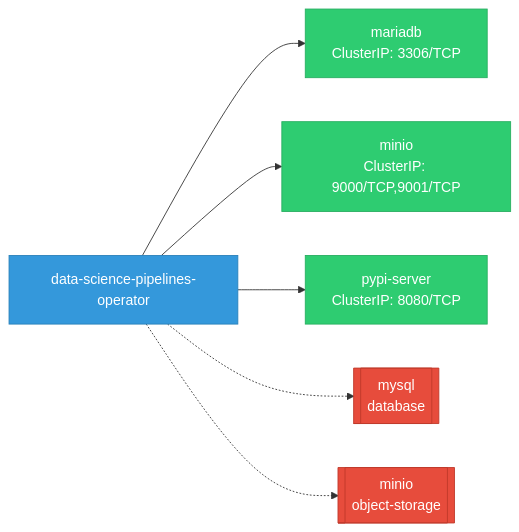
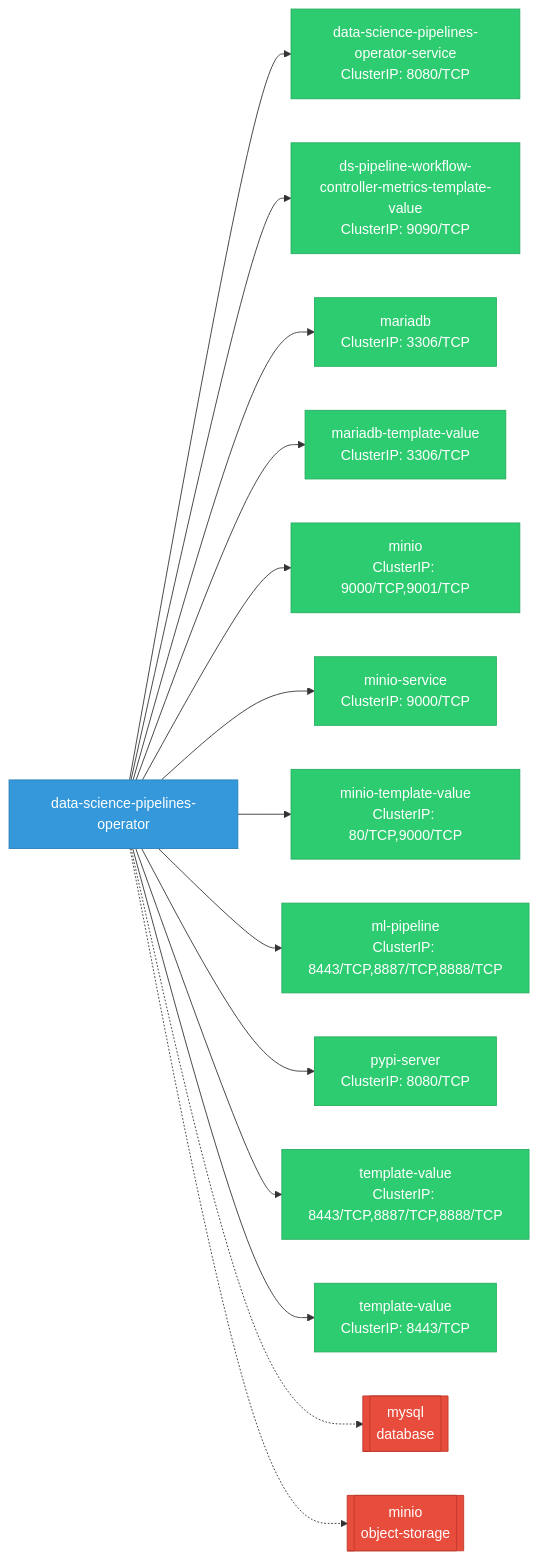
Before and after one commit to ugiordan/architecture-analyzer: the first of 2 diagrams in site/docs/rhoai-platform/components/data_science_pipelines_operator/network.md, drawn with Mermaid. The commit also changed other lines of this file and 299 other files, not shown here.

````diff
--- a/site/docs/rhoai-platform/components/data_science_pipelines_operator/network.md
+++ b/site/docs/rhoai-platform/components/data_science_pipelines_operator/network.md
@@ -5,14 +5,22 @@
 ```mermaid
 graph LR
     classDef svc fill:#2ecc71,stroke:#27ae60,color:#fff
     classDef test fill:#95a5a6,stroke:#7f8c8d,color:#fff
     classDef component fill:#3498db,stroke:#2980b9,color:#fff
     classDef ext fill:#e74c3c,stroke:#c0392b,color:#fff
 
     data_science_pipelines_operator["data-science-pipelines-operator"]:::component
-    data_science_pipelines_operator --> svc_0["mariadb\nClusterIP: 3306/TCP"]:::svc
-    data_science_pipelines_operator --> svc_1["minio\nClusterIP: 9000/TCP,9001/TCP"]:::svc
-    data_science_pipelines_operator --> svc_2["pypi-server\nClusterIP: 8080/TCP"]:::svc
+    data_science_pipelines_operator --> svc_0["data-science-pipelines-operator-service\nClusterIP: 8080/TCP"]:::svc
+    data_science_pipelines_operator --> svc_1["ds-pipeline-workflow-controller-metrics-template-value\nClusterIP: 9090/TCP"]:::svc
+    data_science_pipelines_operator --> svc_2["mariadb\nClusterIP: 3306/TCP"]:::svc
+    data_science_pipelines_operator --> svc_3["mariadb-template-value\nClusterIP: 3306/TCP"]:::svc
+    data_science_pipelines_operator --> svc_4["minio\nClusterIP: 9000/TCP,9001/TCP"]:::svc
+    data_science_pipelines_operator --> svc_5["minio-service\nClusterIP: 9000/TCP"]:::svc
+    data_science_pipelines_operator --> svc_6["minio-template-value\nClusterIP: 80/TCP,9000/TCP"]:::svc
+    data_science_pipelines_operator --> svc_7["ml-pipeline\nClusterIP: 8443/TCP,8887/TCP,8888/TCP"]:::svc
+    data_science_pipelines_operator --> svc_8["pypi-server\nClusterIP: 8080/TCP"]:::svc
+    data_science_pipelines_operator --> svc_9["template-value\nClusterIP: 8443/TCP,8887/TCP,8888/TCP"]:::svc
+    data_science_pipelines_operator --> svc_10["template-value\nClusterIP: 8443/TCP"]:::svc
     data_science_pipelines_operator -.-> ext_mysql[["mysql\ndatabase"]]:::ext
     data_science_pipelines_operator -.-> ext_minio[["minio\nobject-storage"]]:::ext
 ```
````
